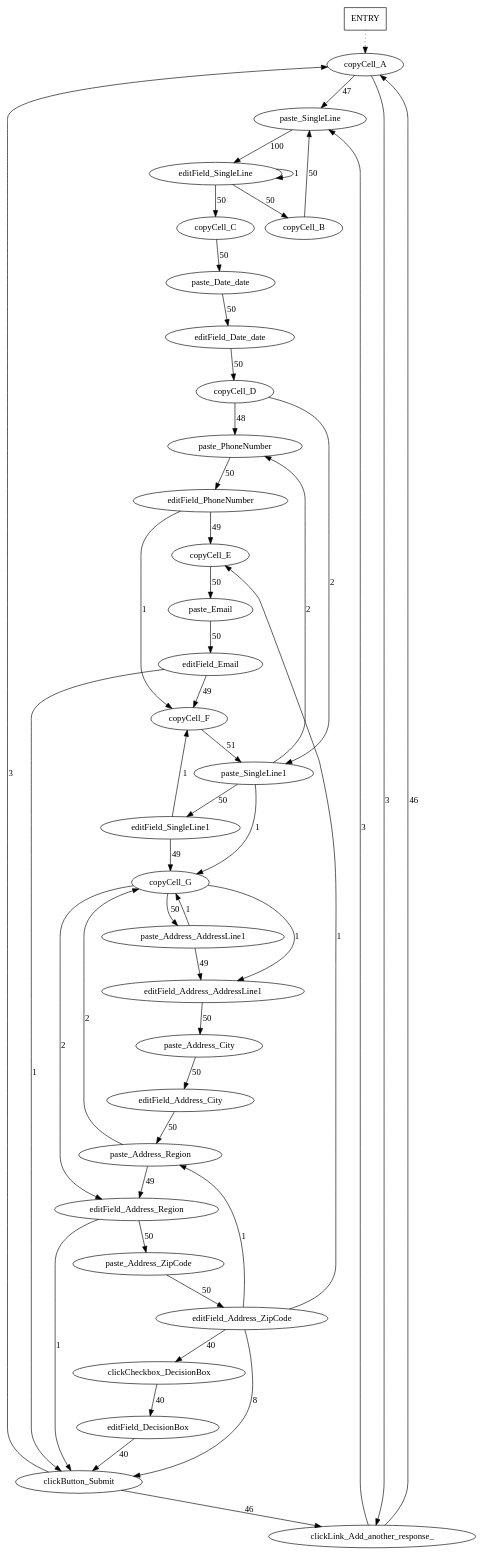
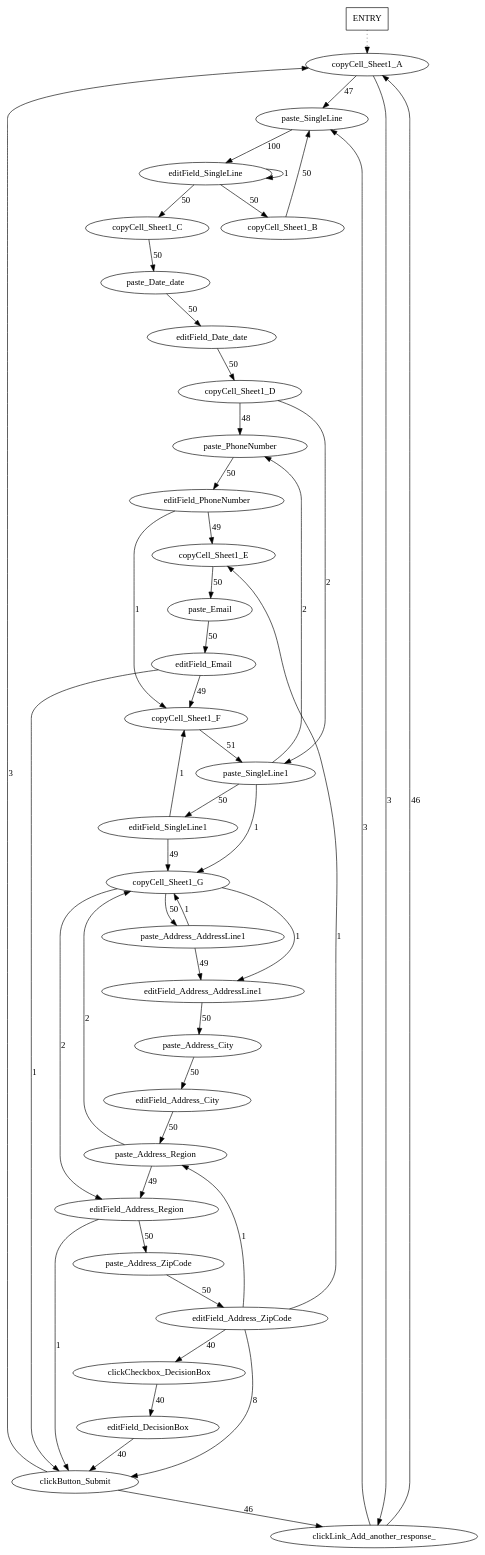
One commit to volodymyrLeno/RPM_Segmentator changed the diagram in out/artifacts/RPM_Segmentator_jar/TEMP.dot. Above: the diagram before and after it, drawn with Graphviz. The commit also changed 23 other files, not shown here.

```diff
--- a/out/artifacts/RPM_Segmentator_jar/TEMP.dot
+++ b/out/artifacts/RPM_Segmentator_jar/TEMP.dot
@@ -1,52 +1,52 @@
 digraph g {
 	ENTRY [shape=box];
-	ENTRY -> copyCell_A [style=dotted];
-	copyCell_A -> paste_SingleLine [label=47];
+	ENTRY -> copyCell_Sheet1_A [style=dotted];
+	copyCell_Sheet1_A -> paste_SingleLine [label=47];
 	paste_SingleLine -> editField_SingleLine [label=100];
-	editField_SingleLine -> copyCell_B [label=50];
-	copyCell_B -> paste_SingleLine [label=50];
-	editField_SingleLine -> copyCell_C [label=50];
-	copyCell_C -> paste_Date_date [label=50];
+	editField_SingleLine -> copyCell_Sheet1_B [label=50];
+	copyCell_Sheet1_B -> paste_SingleLine [label=50];
+	editField_SingleLine -> copyCell_Sheet1_C [label=50];
+	copyCell_Sheet1_C -> paste_Date_date [label=50];
 	paste_Date_date -> editField_Date_date [label=50];
-	editField_Date_date -> copyCell_D [label=50];
-	copyCell_D -> paste_PhoneNumber [label=48];
+	editField_Date_date -> copyCell_Sheet1_D [label=50];
+	copyCell_Sheet1_D -> paste_PhoneNumber [label=48];
 	paste_PhoneNumber -> editField_PhoneNumber [label=50];
-	editField_PhoneNumber -> copyCell_E [label=49];
-	copyCell_E -> paste_Email [label=50];
+	editField_PhoneNumber -> copyCell_Sheet1_E [label=49];
+	copyCell_Sheet1_E -> paste_Email [label=50];
 	paste_Email -> editField_Email [label=50];
-	editField_Email -> copyCell_F [label=49];
-	copyCell_F -> paste_SingleLine1 [label=51];
+	editField_Email -> copyCell_Sheet1_F [label=49];
+	copyCell_Sheet1_F -> paste_SingleLine1 [label=51];
 	paste_SingleLine1 -> editField_SingleLine1 [label=50];
-	editField_SingleLine1 -> copyCell_G [label=49];
-	copyCell_G -> paste_Address_AddressLine1 [label=50];
+	editField_SingleLine1 -> copyCell_Sheet1_G [label=49];
+	copyCell_Sheet1_G -> paste_Address_AddressLine1 [label=50];
 	paste_Address_AddressLine1 -> editField_Address_AddressLine1 [label=49];
 	editField_Address_AddressLine1 -> paste_Address_City [label=50];
 	paste_Address_City -> editField_Address_City [label=50];
 	editField_Address_City -> paste_Address_Region [label=50];
 	paste_Address_Region -> editField_Address_Region [label=49];
 	editField_Address_Region -> paste_Address_ZipCode [label=50];
 	paste_Address_ZipCode -> editField_Address_ZipCode [label=50];
 	editField_Address_ZipCode -> clickButton_Submit [label=8];
 	clickButton_Submit -> clickLink_Add_another_response_ [label=46];
-	clickLink_Add_another_response_ -> copyCell_A [label=46];
+	clickLink_Add_another_response_ -> copyCell_Sheet1_A [label=46];
 	editField_Address_ZipCode -> clickCheckbox_DecisionBox [label=40];
 	clickCheckbox_DecisionBox -> editField_DecisionBox [label=40];
 	editField_DecisionBox -> clickButton_Submit [label=40];
-	editField_PhoneNumber -> copyCell_F [label=1];
-	editField_Address_ZipCode -> copyCell_E [label=1];
+	editField_PhoneNumber -> copyCell_Sheet1_F [label=1];
+	editField_Address_ZipCode -> copyCell_Sheet1_E [label=1];
 	editField_Email -> clickButton_Submit [label=1];
-	clickButton_Submit -> copyCell_A [label=3];
-	copyCell_A -> clickLink_Add_another_response_ [label=3];
+	clickButton_Submit -> copyCell_Sheet1_A [label=3];
+	copyCell_Sheet1_A -> clickLink_Add_another_response_ [label=3];
 	clickLink_Add_another_response_ -> paste_SingleLine [label=3];
-	paste_Address_Region -> copyCell_G [label=2];
-	copyCell_G -> editField_Address_Region [label=2];
-	paste_Address_AddressLine1 -> copyCell_G [label=1];
-	copyCell_G -> editField_Address_AddressLine1 [label=1];
-	copyCell_D -> paste_SingleLine1 [label=2];
+	paste_Address_Region -> copyCell_Sheet1_G [label=2];
+	copyCell_Sheet1_G -> editField_Address_Region [label=2];
+	paste_Address_AddressLine1 -> copyCell_Sheet1_G [label=1];
+	copyCell_Sheet1_G -> editField_Address_AddressLine1 [label=1];
+	copyCell_Sheet1_D -> paste_SingleLine1 [label=2];
 	paste_SingleLine1 -> paste_PhoneNumber [label=2];
-	editField_SingleLine1 -> copyCell_F [label=1];
-	paste_SingleLine1 -> copyCell_G [label=1];
+	editField_SingleLine1 -> copyCell_Sheet1_F [label=1];
+	paste_SingleLine1 -> copyCell_Sheet1_G [label=1];
 	editField_SingleLine -> editField_SingleLine [label=1];
 	editField_Address_ZipCode -> paste_Address_Region [label=1];
 	editField_Address_Region -> clickButton_Submit [label=1];
 }
```
